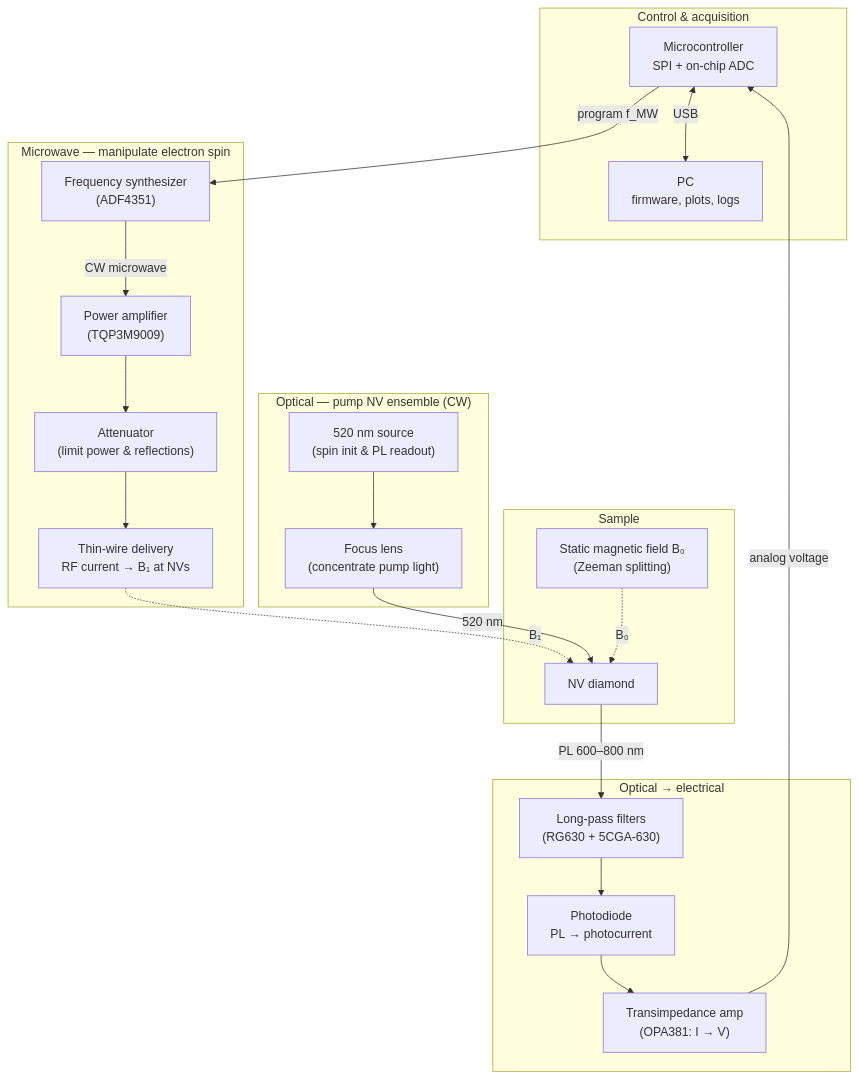
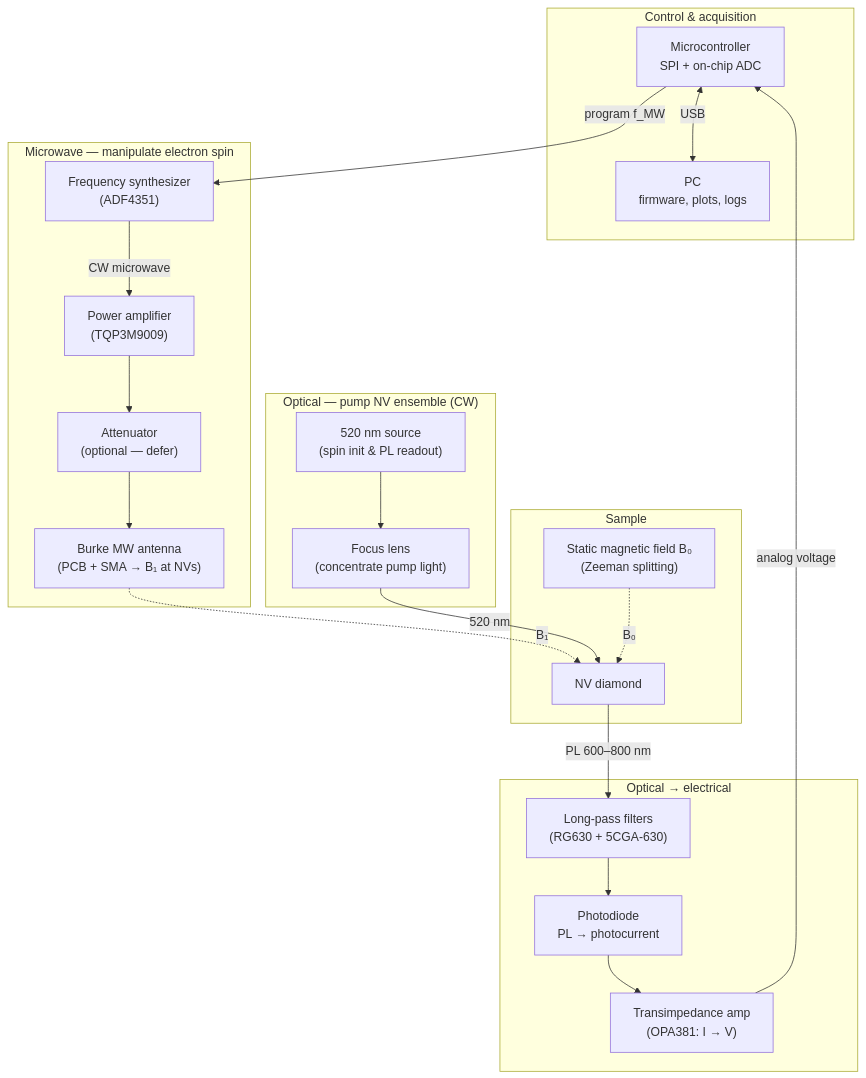
One commit to apoolla114/easy_qubit changed the first of 2 diagrams in misc/diagrams/parts_diagram.md. Above: the diagram before and after it, drawn with Mermaid. The commit also changed other lines of this file and 4 other files, not shown here.

Commit message:
updating diagram to match actual orders

````diff
--- a/misc/diagrams/parts_diagram.md
+++ b/misc/diagrams/parts_diagram.md
@@ -41,41 +41,41 @@
 ```mermaid
 flowchart TB
     subgraph CTRL ["Control & acquisition"]
         CTL["Microcontroller\nSPI + on-chip ADC"]
         PC["PC\nfirmware, plots, logs"]
         CTL <-->|USB| PC
     end
 
     subgraph MW ["Microwave — manipulate electron spin"]
         SYN["Frequency synthesizer\n(ADF4351)"]
         AMP["Power amplifier\n(TQP3M9009)"]
-        ATT["Attenuator\n(limit power & reflections)"]
-        DEL["Thin-wire delivery\nRF current → B₁ at NVs"]
+        ATT["Attenuator\n(optional — defer)"]
+        ANT["Burke MW antenna\n(PCB + SMA → B₁ at NVs)"]
     end
 
     subgraph OPT ["Optical — pump NV ensemble (CW)"]
         SRC["520 nm source\n(spin init & PL readout)"]
         LNS["Focus lens\n(concentrate pump light)"]
     end
 
     subgraph SAMPLE ["Sample"]
         DIA["NV diamond"]
         MAG["Static magnetic field B₀\n(Zeeman splitting)"]
     end
 
     subgraph DET ["Optical → electrical"]
         FILT["Long-pass filters\n(RG630 + 5CGA-630)"]
         PD["Photodiode\nPL → photocurrent"]
         TIA["Transimpedance amp\n(OPA381: I → V)"]
     end
 
     CTL -->|program f_MW| SYN
-    SYN -->|CW microwave| AMP --> ATT --> DEL
-    DEL -.->|B₁| DIA
+    SYN -->|CW microwave| AMP --> ATT --> ANT
+    ANT -.->|B₁| DIA
 
     SRC --> LNS -->|520 nm| DIA
     MAG -.->|B₀| DIA
 
     DIA -->|PL 600–800 nm| FILT --> PD --> TIA
     TIA -->|analog voltage| CTL
 ```
````
